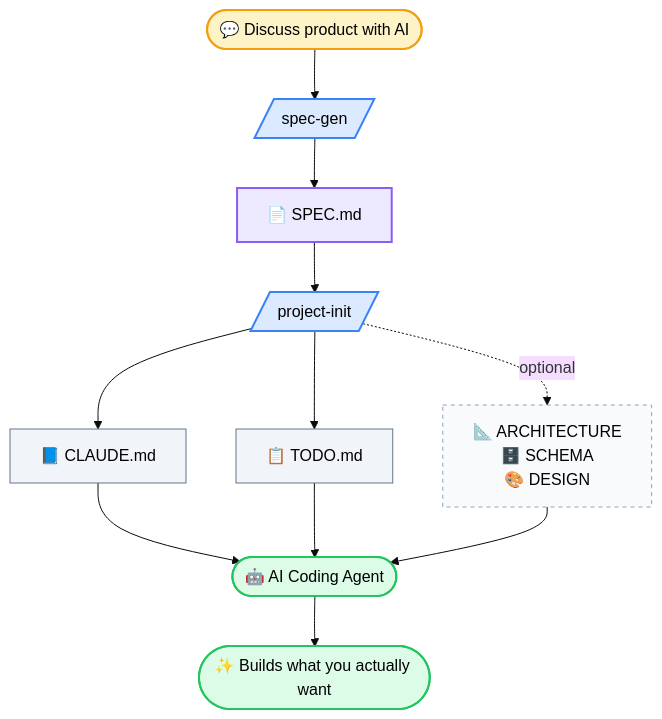
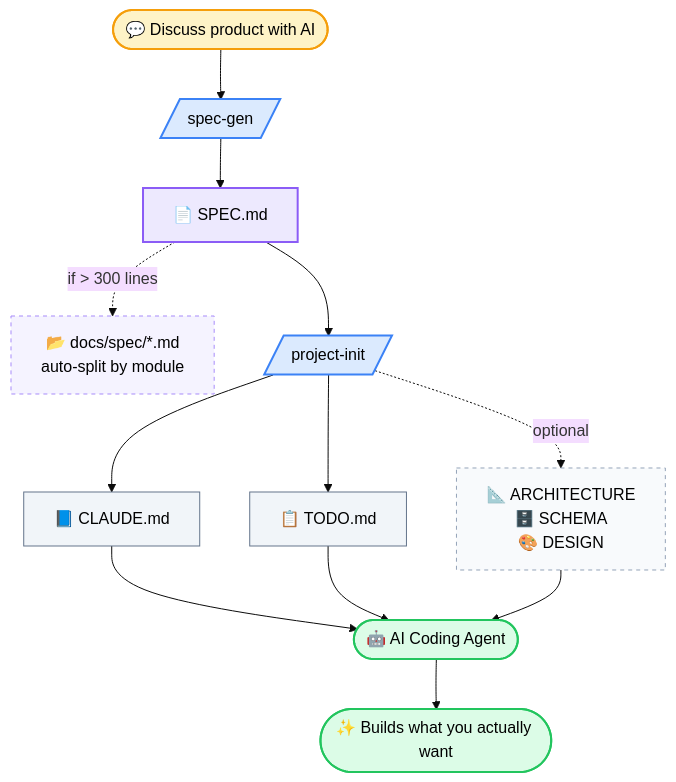
The first of 2 diagrams in README.md (fluten/harness-kit), drawn with Mermaid (base theme) before and after one commit. The commit also changed other lines of this file, not shown here.

````diff
--- a/README.md
+++ b/README.md
@@ -41,23 +45,25 @@
 ```mermaid
 flowchart TD
     A([💬 Discuss product with AI]) --> B[/spec-gen/]
     B --> C[📄 SPEC.md]
+    C -.if &gt; 300 lines.-> S[📂 docs/spec/*.md<br/>auto-split by module]
     C --> D[/project-init/]
     D --> E[📘 CLAUDE.md]
     D --> F[📋 TODO.md]
     D -.optional.-> G[📐 ARCHITECTURE<br/>🗄️ SCHEMA<br/>🎨 DESIGN]
     E --> H([🤖 AI Coding Agent])
     F --> H
     G --> H
     H --> I([✨ Builds what you actually want])
 
     style A fill:#FEF3C7,stroke:#F59E0B,stroke-width:2px,color:#000
     style B fill:#DBEAFE,stroke:#3B82F6,stroke-width:2px,color:#000
     style C fill:#EDE9FE,stroke:#8B5CF6,stroke-width:2px,color:#000
+    style S fill:#F5F3FF,stroke:#A78BFA,stroke-width:1px,stroke-dasharray:4 4,color:#000
     style D fill:#DBEAFE,stroke:#3B82F6,stroke-width:2px,color:#000
     style E fill:#F1F5F9,stroke:#64748B,stroke-width:1px,color:#000
     style F fill:#F1F5F9,stroke:#64748B,stroke-width:1px,color:#000
     style G fill:#F8FAFC,stroke:#94A3B8,stroke-width:1px,stroke-dasharray:4 4,color:#000
     style H fill:#DCFCE7,stroke:#22C55E,stroke-width:2px,color:#000
     style I fill:#DCFCE7,stroke:#22C55E,stroke-width:2px,color:#000
 ```
````
